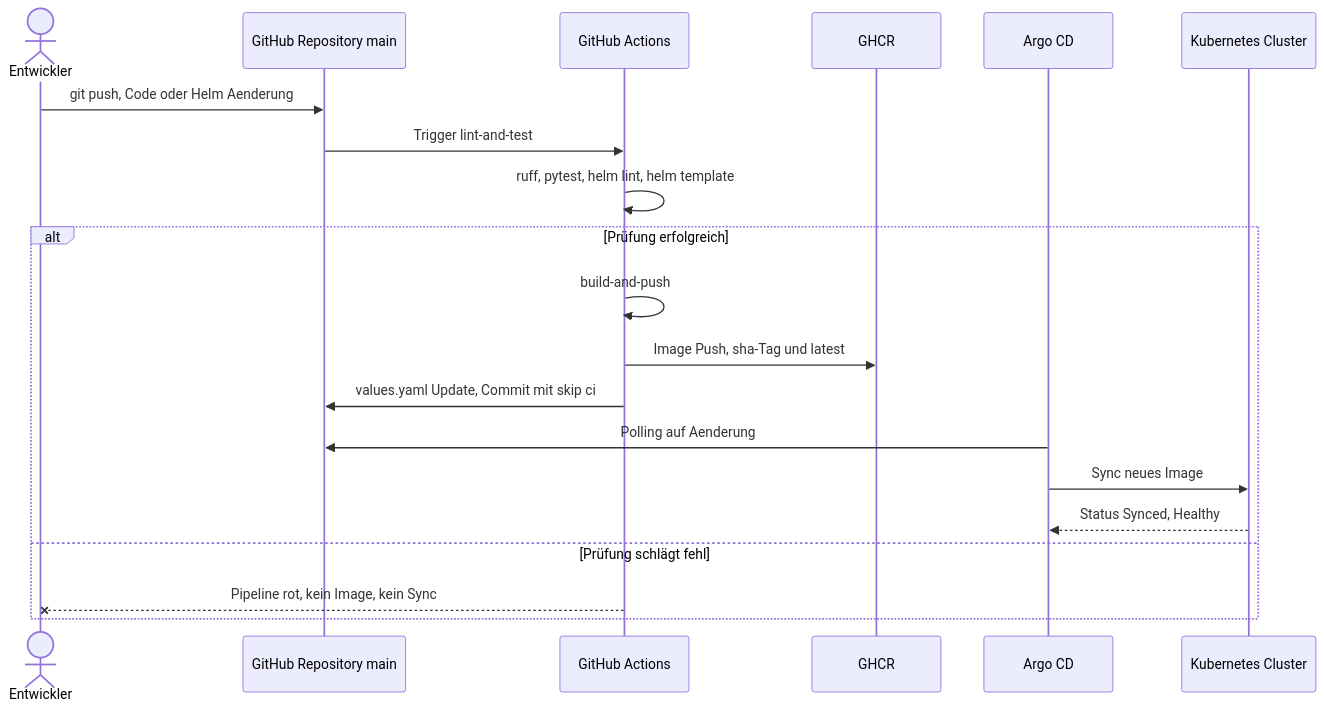
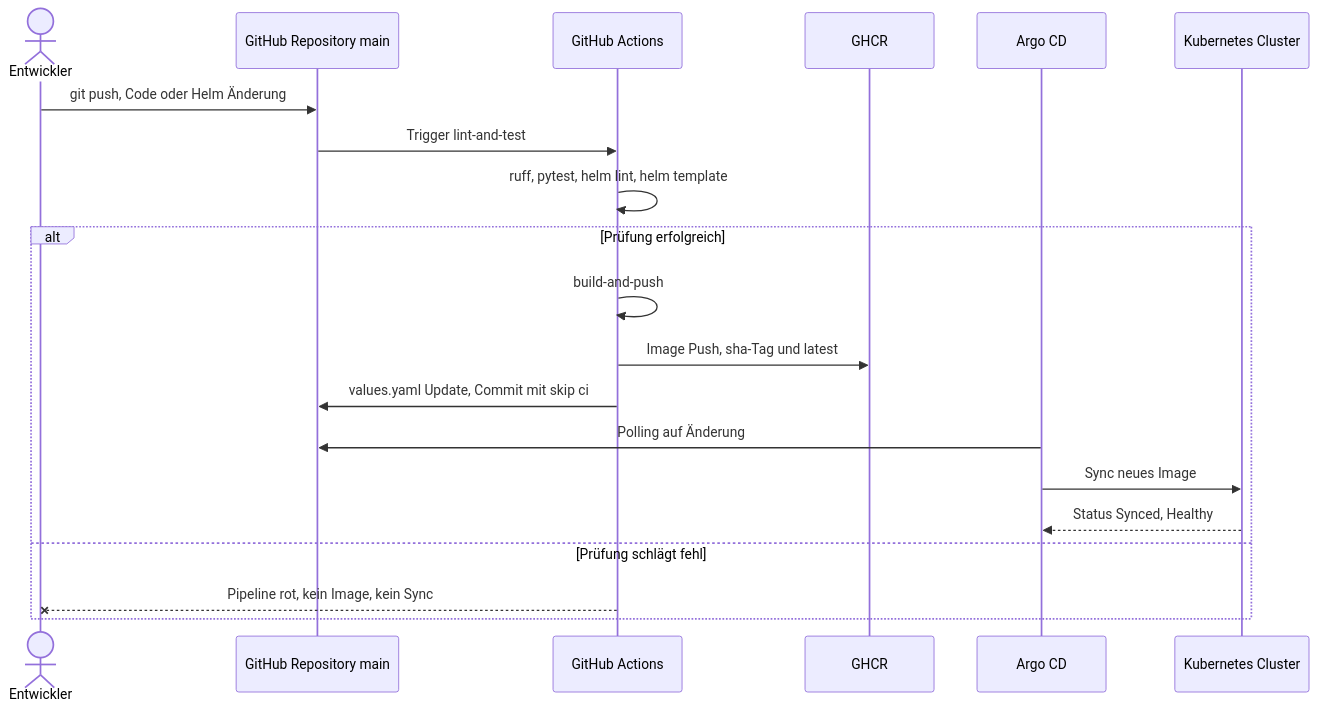
The fifth of 5 diagrams in docs/dokumentation.md (Cancani/gitops-platform-semesterarbeit5), drawn with Mermaid before and after one commit. The commit also changed other lines of this file and 4 other files, not shown here.

````diff
--- a/docs/dokumentation.md
+++ b/docs/dokumentation.md
@@ -1280,24 +1275,24 @@
 ```mermaid
 sequenceDiagram
     actor Dev as Entwickler
     participant Git as GitHub Repository main
     participant CI as GitHub Actions
     participant GHCR as GHCR
     participant Argo as Argo CD
     participant K8s as Kubernetes Cluster
 
-    Dev->>Git: git push, Code oder Helm Aenderung
+    Dev->>Git: git push, Code oder Helm Änderung
     Git->>CI: Trigger lint-and-test
     CI->>CI: ruff, pytest, helm lint, helm template
 
     alt Prüfung erfolgreich
         CI->>CI: build-and-push
         CI->>GHCR: Image Push, sha-Tag und latest
         CI->>Git: values.yaml Update, Commit mit skip ci
-        Argo->>Git: Polling auf Aenderung
+        Argo->>Git: Polling auf Änderung
         Argo->>K8s: Sync neues Image
         K8s-->>Argo: Status Synced, Healthy
     else Prüfung schlägt fehl
         CI--xDev: Pipeline rot, kein Image, kein Sync
     end
 ```
````
